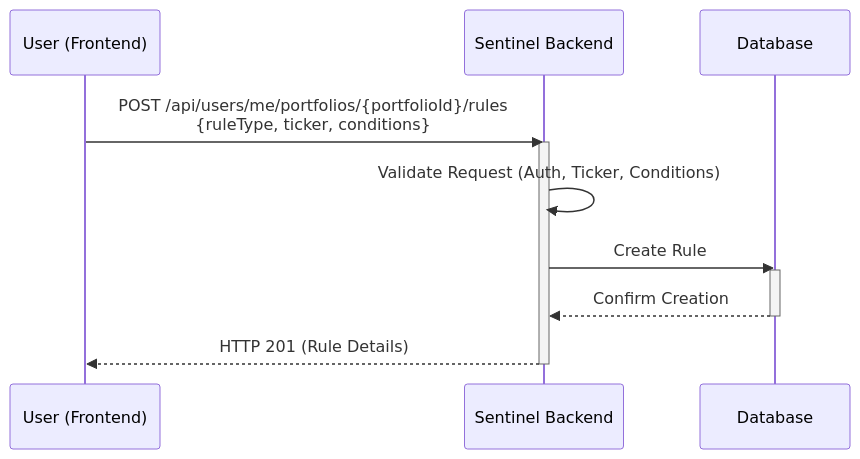
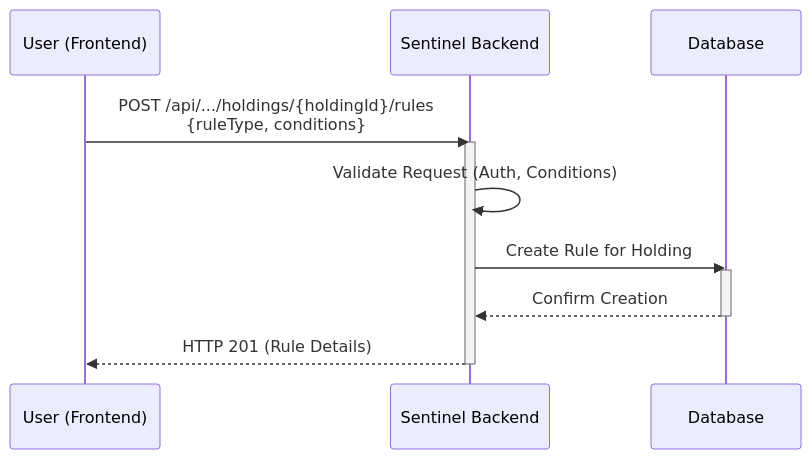
Before and after one commit to enzhao/Sentinel: the tenth of 16 diagrams in product_spec.md, drawn with Mermaid. The commit also changed other lines of this file, not shown here.

First line of the commit message:
docs(spec): align strategy rules with holdings

````diff
--- a/product_spec.md
+++ b/product_spec.md
@@ -772,15 +774,15 @@
 ```mermaid
 sequenceDiagram
     participant User as User (Frontend)
     participant Sentinel as Sentinel Backend
     participant DB as Database
-    User->>Sentinel: POST /api/users/me/portfolios/{portfolioId}/rules <br> {ruleType, ticker, conditions}
+    User->>Sentinel: POST /api/.../holdings/{holdingId}/rules <br> {ruleType, conditions}
     activate Sentinel
-    Sentinel->>Sentinel: Validate Request (Auth, Ticker, Conditions)
-    Sentinel->>DB: Create Rule
+    Sentinel->>Sentinel: Validate Request (Auth, Conditions)
+    Sentinel->>DB: Create Rule for Holding
     activate DB
     DB-->>Sentinel: Confirm Creation
     deactivate DB
     Sentinel-->>User: HTTP 201 (Rule Details)
     deactivate Sentinel
 ```
````
